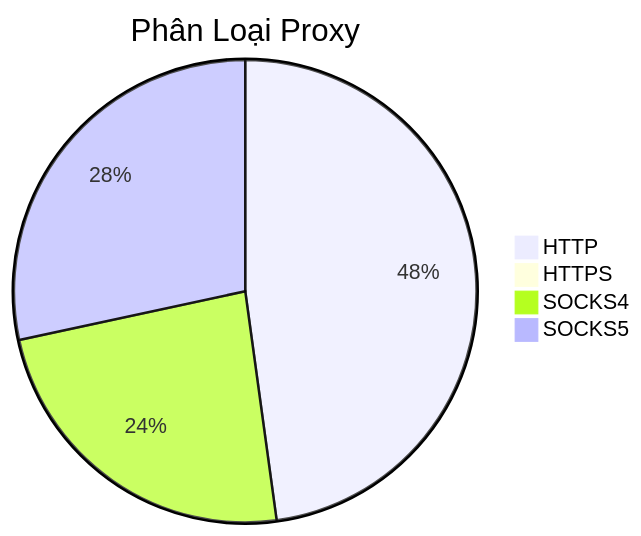
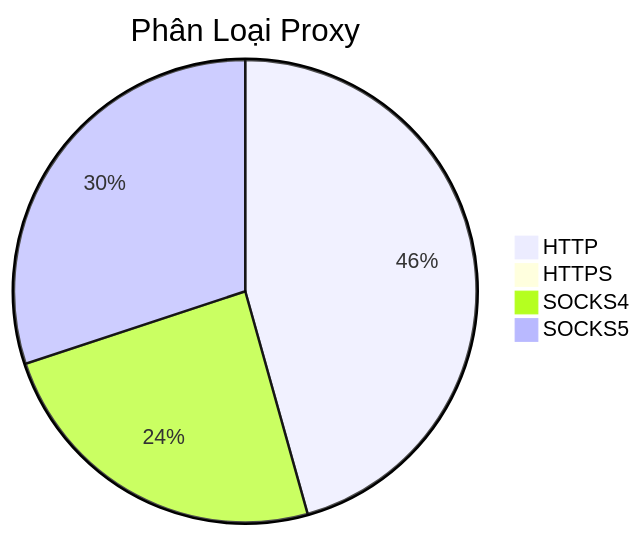
One commit to Ciara-12/PROXY-free changed the diagram in README.md. Above: the diagram before and after it, drawn with Mermaid. The commit also changed other lines of this file and 3 other files, not shown here.

````diff
--- a/README.md
+++ b/README.md
@@ -26,7 +26,7 @@
 ```mermaid
 pie title Phân Loại Proxy
-    "HTTP" : 573
+    "HTTP" : 504
     "HTTPS" : 0
-    "SOCKS4" : 285
-    "SOCKS5" : 340
+    "SOCKS4" : 268
+    "SOCKS5" : 332
 ```
````
